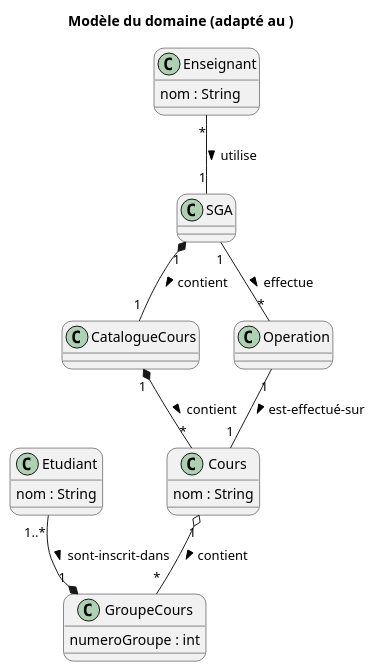
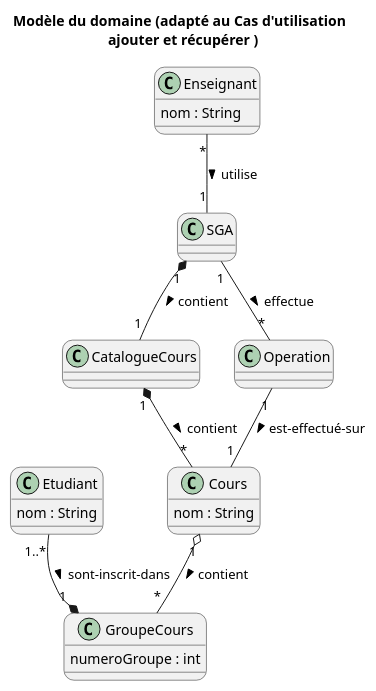
Before and after one commit to nerdz88/SGA-TS: the diagram in docs/modeles/mdd.puml, drawn with PlantUML.

Commit message:
ajustement titre MDD

```diff
--- a/docs/modeles/mdd.puml
+++ b/docs/modeles/mdd.puml
@@ -1,43 +1,43 @@
 @startuml MDD
 skinparam defaultfontname Verdana
 skinparam RoundCorner 20
 
-title Modèle du domaine (adapté au )
+title Modèle du domaine (adapté au Cas d'utilisation \n ajouter et récupérer )
 
 class CatalogueCours {
 
 }
 
 class Cours {
     nom : String
 }
 
 class GroupeCours {
     numeroGroupe : int
 }
 
 class Enseignant {
     nom : String
 }
 
 class SGA {
 
 }
 
 class Operation {
 
 }
 
 class Etudiant {
     nom : String
 }
 
 SGA"1" *-- "1"CatalogueCours : contient >
 Etudiant"1..*" --* "1"GroupeCours : sont-inscrit-dans >
 Cours"1" o-- "*"GroupeCours : contient >
 CatalogueCours"1" *-- "*"Cours : contient >
 Enseignant"*" -- "1"SGA : utilise >
 Operation"1" -- "1"Cours : est-effectué-sur >
 SGA"1" -- "*"Operation : effectue >
 
 @enduml
```
